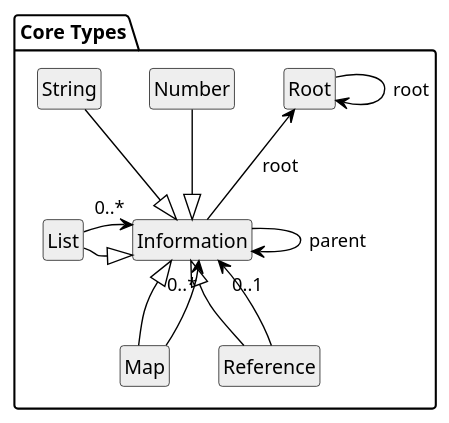
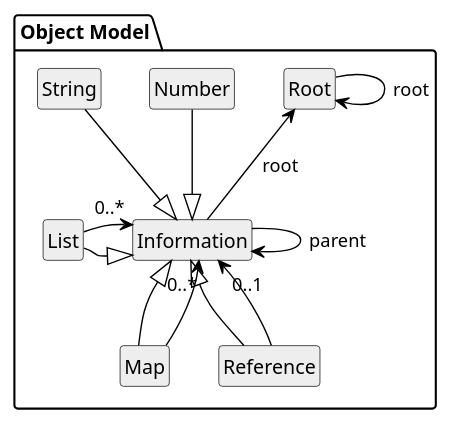
Before and after one commit to blackfennec-org/blackfennec: the diagram in docs/source/software_documentation/domain/structure/object_model/index.rst, drawn with PlantUML. The commit also changed other lines of this file and 4 other files, not shown here.

Commit message:
wording change in architecture documentation

```diff
--- a/docs/source/software_documentation/domain/structure/object_model/index.rst
+++ b/docs/source/software_documentation/domain/structure/object_model/index.rst
@@ -10,36 +10,36 @@
 .. uml::
     
     @startuml
 
     hide circle
     hide members
     hide methods
 
     skinparam class {
         BackgroundColor #EEE
         ArrowColor Black
         BorderColor Black
     }
     
-    package "Core Types" {
+    package "Object Model" {
         class Information {}
         class Number {}
         class String {}
         class List {}
         class Map {}
         class Reference {}
         class Root {}
 
         Information     -->         Information     : parent
         Information     -up->       Root            : root
         Number          --|>        Information     
         String          --|>        Information
         List            -right-|>   Information
         List            --> "0..*"  Information 
         Map             -up-|>      Information
         Map             --> "0..*"  Information
         Reference       -up-|>      Information
         Reference       --> "0..1"  Information
         Root            -->         Root            : root
     }
     @enduml
```
